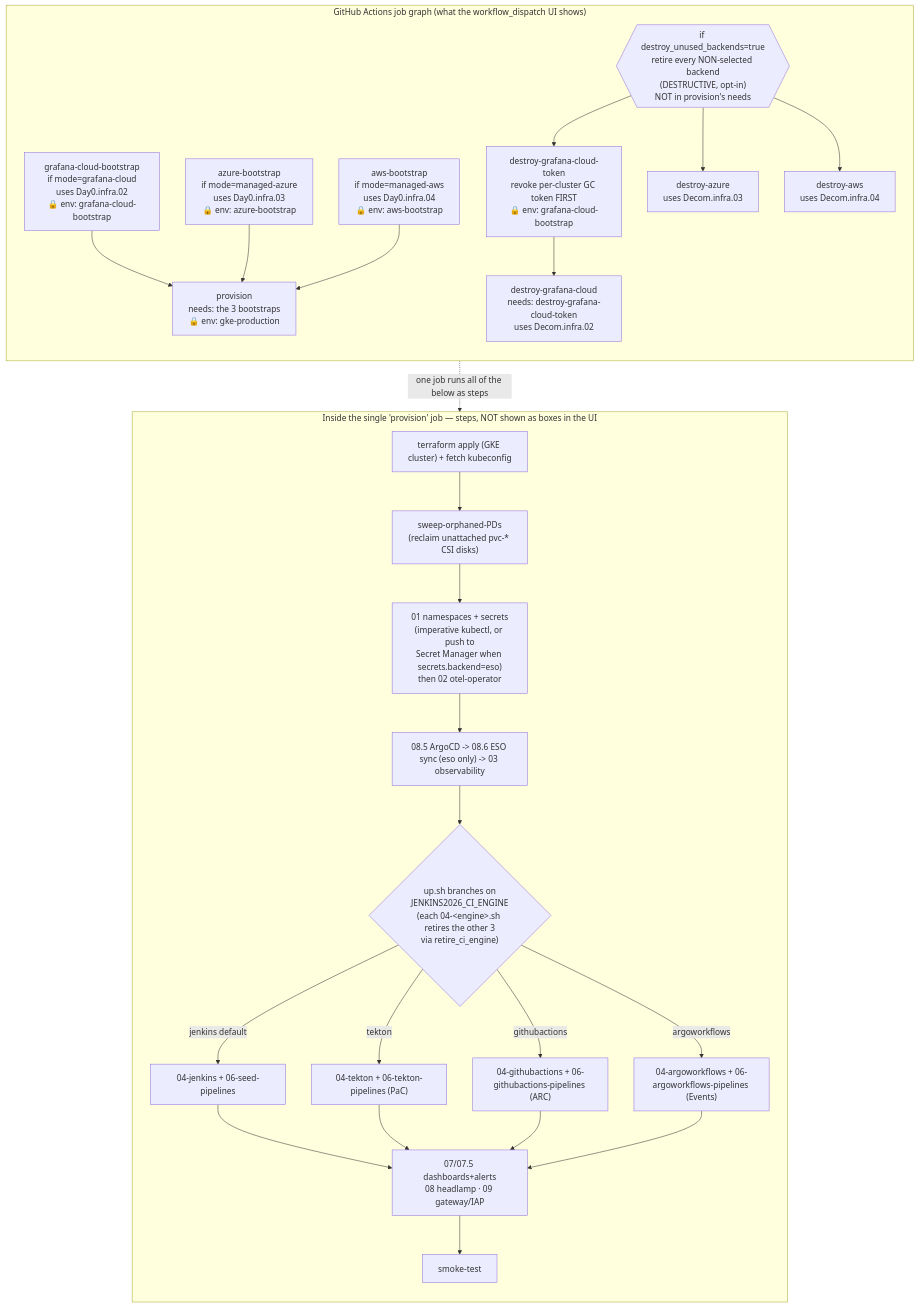
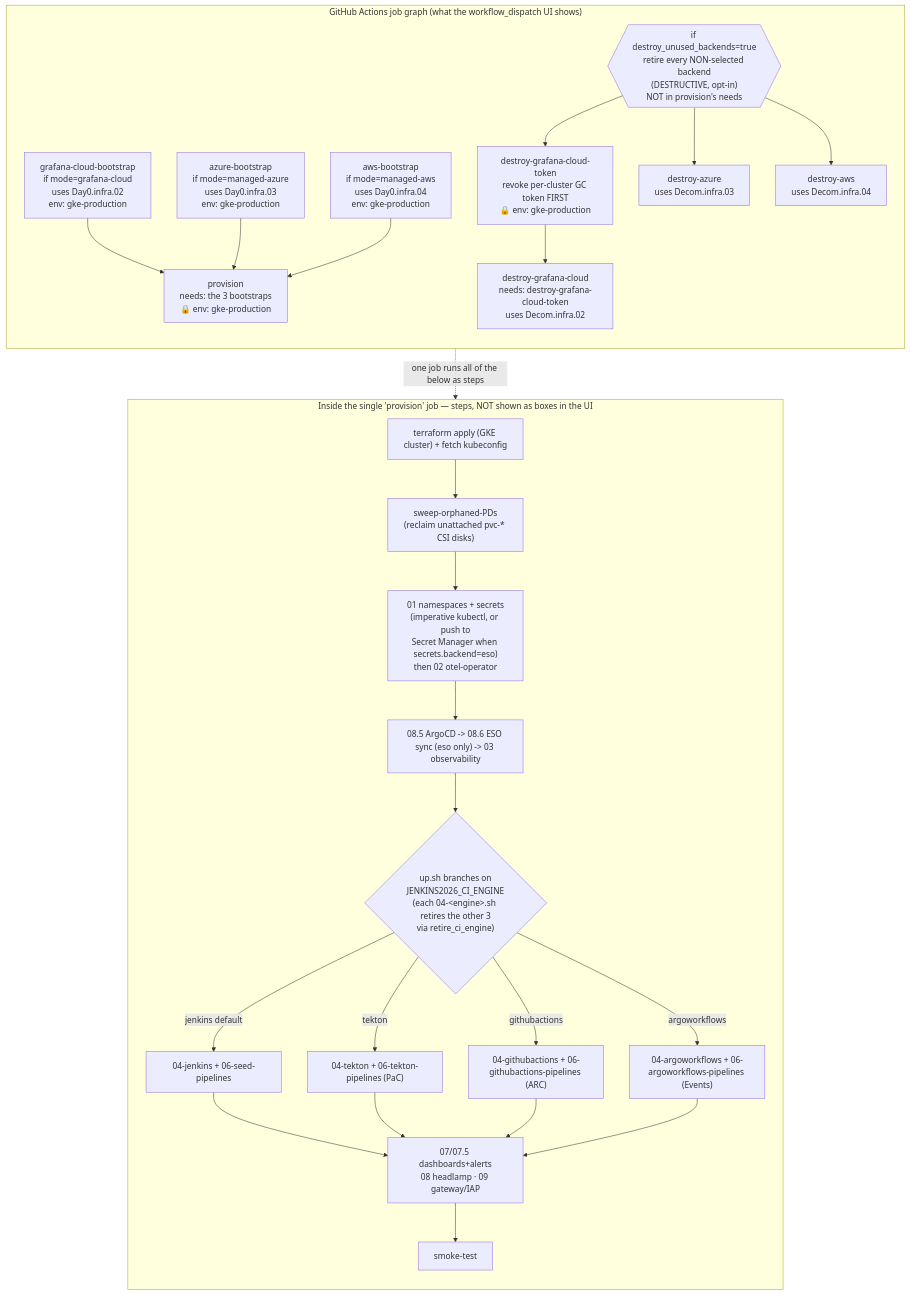
One commit to nubenetes/jenkins-2026 changed the ninth of 10 diagrams in docs/101-GITHUB_ACTIONS_WORKFLOWS.md. Above: the diagram before and after it, drawn with Mermaid. The commit also changed other lines of this file and 94 other files, not shown here.

````diff
--- a/docs/101-GITHUB_ACTIONS_WORKFLOWS.md
+++ b/docs/101-GITHUB_ACTIONS_WORKFLOWS.md
@@ -821,50 +818,50 @@
 ```mermaid
 flowchart TD
     subgraph JOBS["GitHub Actions job graph (what the workflow_dispatch UI shows)"]
         direction TB
-        B1["grafana-cloud-bootstrap<br/>if mode=grafana-cloud<br/>uses Day0.infra.02<br/>🔒 env: grafana-cloud-bootstrap"]
-        B2["azure-bootstrap<br/>if mode=managed-azure<br/>uses Day0.infra.03<br/>🔒 env: azure-bootstrap"]
-        B3["aws-bootstrap<br/>if mode=managed-aws<br/>uses Day0.infra.04<br/>🔒 env: aws-bootstrap"]
+        B1["grafana-cloud-bootstrap<br/>if mode=grafana-cloud<br/>uses Day0.infra.02<br/>env: gke-production"]
+        B2["azure-bootstrap<br/>if mode=managed-azure<br/>uses Day0.infra.03<br/>env: gke-production"]
+        B3["aws-bootstrap<br/>if mode=managed-aws<br/>uses Day0.infra.04<br/>env: gke-production"]
         P["provision<br/>needs: the 3 bootstraps<br/>🔒 env: gke-production"]
         B1 --> P
         B2 --> P
         B3 --> P
 
-        DT["destroy-grafana-cloud-token<br/>revoke per-cluster GC token FIRST<br/>🔒 env: grafana-cloud-bootstrap"]
+        DT["destroy-grafana-cloud-token<br/>revoke per-cluster GC token FIRST<br/>🔒 env: gke-production"]
         D1["destroy-grafana-cloud<br/>needs: destroy-grafana-cloud-token<br/>uses Decom.infra.02"]
         D2["destroy-azure<br/>uses Decom.infra.03"]
         D3["destroy-aws<br/>uses Decom.infra.04"]
         DEC{{"if destroy_unused_backends=true<br/>retire every NON-selected backend<br/>(DESTRUCTIVE, opt-in)<br/>NOT in provision's needs"}}
         DEC --> DT
         DT --> D1
         DEC --> D2
         DEC --> D3
     end
 
     subgraph INSIDE["Inside the single 'provision' job — steps, NOT shown as boxes in the UI"]
         direction TB
         TF["terraform apply (GKE cluster) + fetch kubeconfig"]
         PD["sweep-orphaned-PDs<br/>(reclaim unattached pvc-* CSI disks)"]
         NS["01 namespaces + secrets<br/>(imperative kubectl, or push to<br/>Secret Manager when secrets.backend=eso)<br/>then 02 otel-operator"]
         CD["08.5 ArgoCD -> 08.6 ESO sync (eso only) -> 03 observability"]
         UP{"up.sh branches on<br/>JENKINS2026_CI_ENGINE<br/>(each 04-&lt;engine&gt;.sh retires the other 3<br/>via retire_ci_engine)"}
         JEN["04-jenkins + 06-seed-pipelines"]
         TEK["04-tekton + 06-tekton-pipelines (PaC)"]
         GHA["04-githubactions + 06-githubactions-pipelines (ARC)"]
         AWF["04-argoworkflows + 06-argoworkflows-pipelines (Events)"]
         REST["07/07.5 dashboards+alerts<br/>08 headlamp · 09 gateway/IAP"]
         SMOKE["smoke-test"]
         TF --> PD --> NS --> CD --> UP
         UP -->|jenkins default| JEN
         UP -->|tekton| TEK
         UP -->|githubactions| GHA
         UP -->|argoworkflows| AWF
         JEN --> REST
         TEK --> REST
         GHA --> REST
         AWF --> REST
         REST --> SMOKE
     end
 
     P -.->|"one job runs all of the below as steps"| INSIDE
 ```
````
